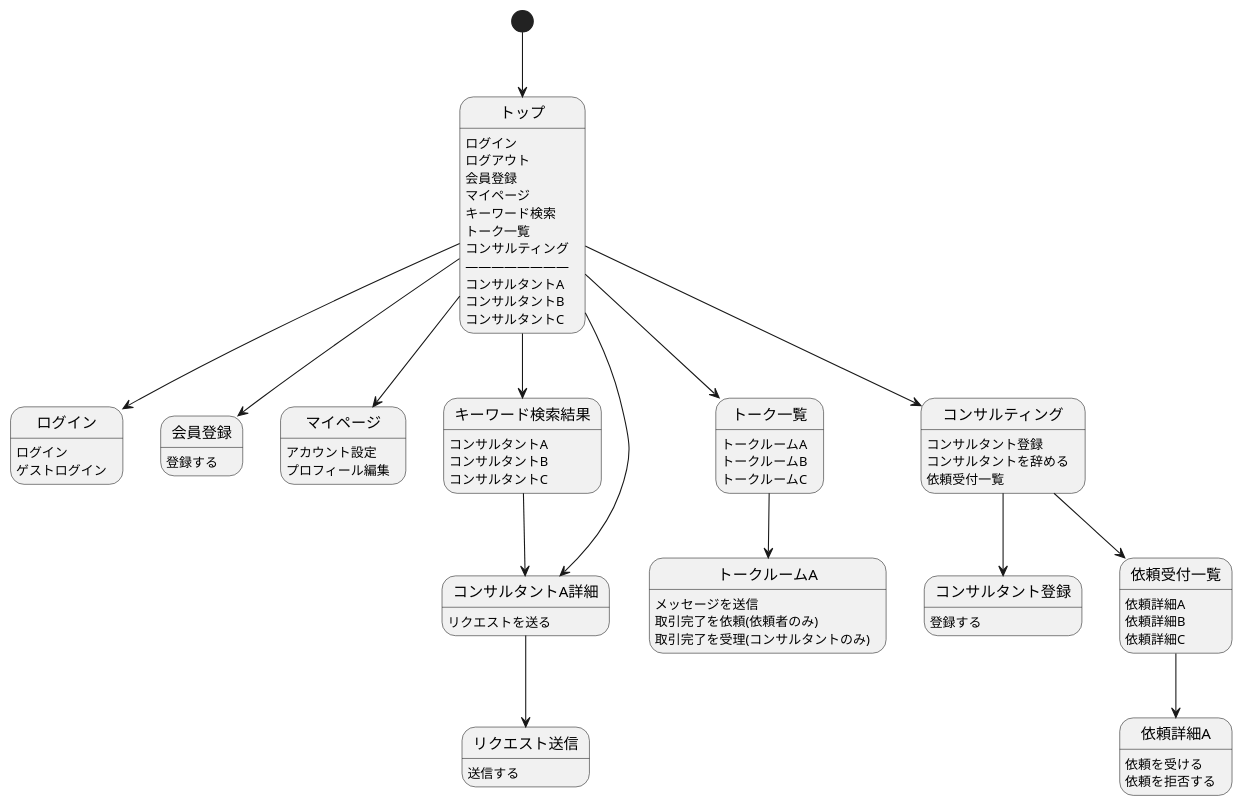
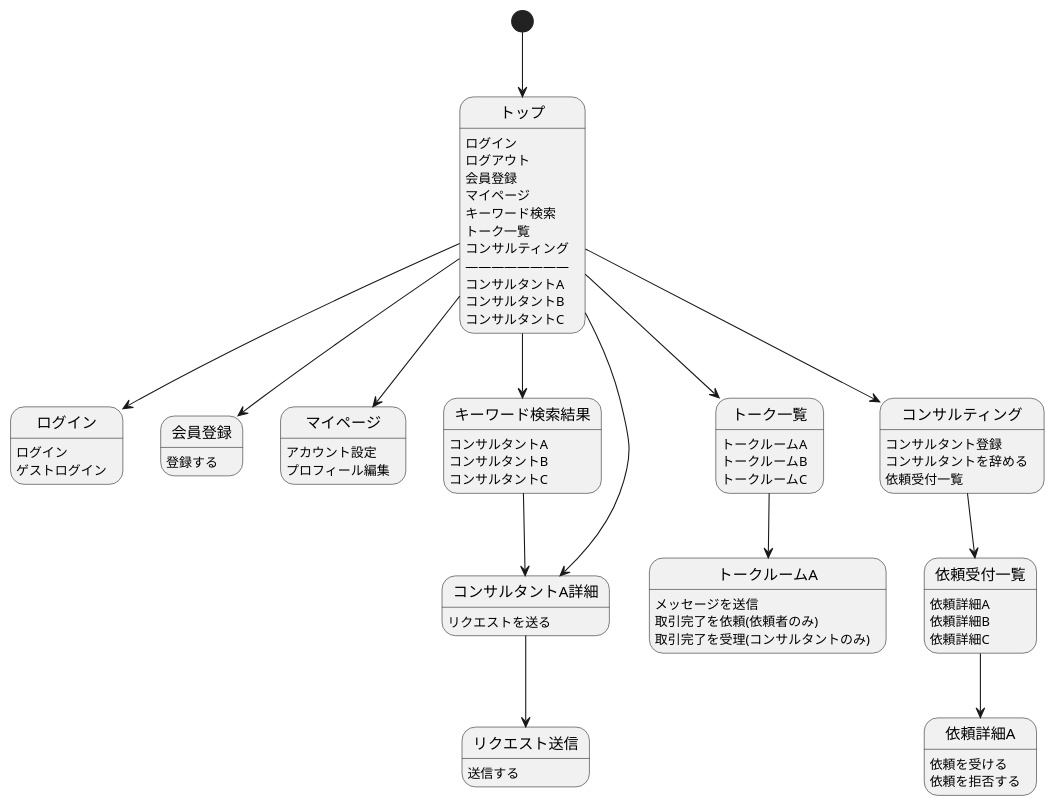
The diagram in documents/screen_flow_diagram.pu (nobukofu69/origin-idea), drawn with PlantUML before and after one commit. The commit also changed 1 other file, not shown here.

Commit message:
screen_flow_diagramを修正

```diff
--- a/documents/screen_flow_diagram.pu
+++ b/documents/screen_flow_diagram.pu
@@ -1,67 +1,63 @@
 @startuml
 
 [*] --> トップ
 トップ : ログイン
 トップ : ログアウト
 トップ : 会員登録
 トップ : マイページ
 トップ : キーワード検索
 トップ : トーク一覧
 トップ : コンサルティング
 トップ : ――――――――
 トップ : コンサルタントA
 トップ : コンサルタントB
 トップ : コンサルタントC
 トップ --> ログイン
 トップ --> 会員登録
 トップ --> マイページ
 トップ --> キーワード検索結果
 トップ --> トーク一覧
 トップ --> コンサルティング
 トップ --> コンサルタントA詳細
 
 ログイン : ログイン
 ログイン : ゲストログイン
 
 会員登録 : 登録する
 
 マイページ : アカウント設定
 マイページ : プロフィール編集
 
 キーワード検索結果: コンサルタントA
 キーワード検索結果: コンサルタントB
 キーワード検索結果: コンサルタントC
 キーワード検索結果 --> コンサルタントA詳細
 
 コンサルタントA詳細 : リクエストを送る
 コンサルタントA詳細 --> リクエスト送信
 
 リクエスト送信 : 送信する
 
 コンサルティング : コンサルタント登録
 コンサルティング : コンサルタントを辞める
 コンサルティング : 依頼受付一覧
-コンサルティング --> コンサルタント登録
 コンサルティング --> 依頼受付一覧
-
-
-コンサルタント登録 : 登録する 
 
 トーク一覧 :トークルームA
 トーク一覧 :トークルームB
 トーク一覧 :トークルームC
 トーク一覧 --> トークルームA
 
 トークルームA : メッセージを送信
 トークルームA : 取引完了を依頼(依頼者のみ)
 トークルームA : 取引完了を受理(コンサルタントのみ)
 
 依頼受付一覧 : 依頼詳細A
 依頼受付一覧 : 依頼詳細B
 依頼受付一覧 : 依頼詳細C
 依頼受付一覧 --> 依頼詳細A
 
 依頼詳細A : 依頼を受ける
 依頼詳細A : 依頼を拒否する
 
 @enduml
```
